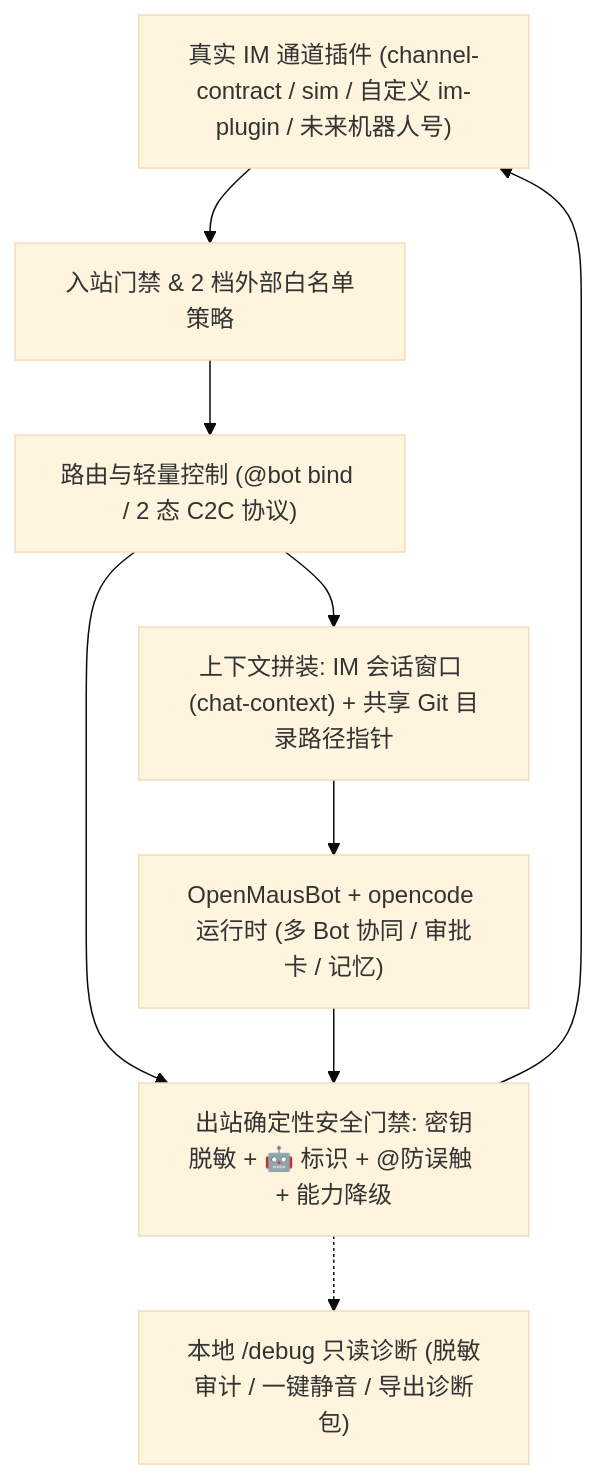
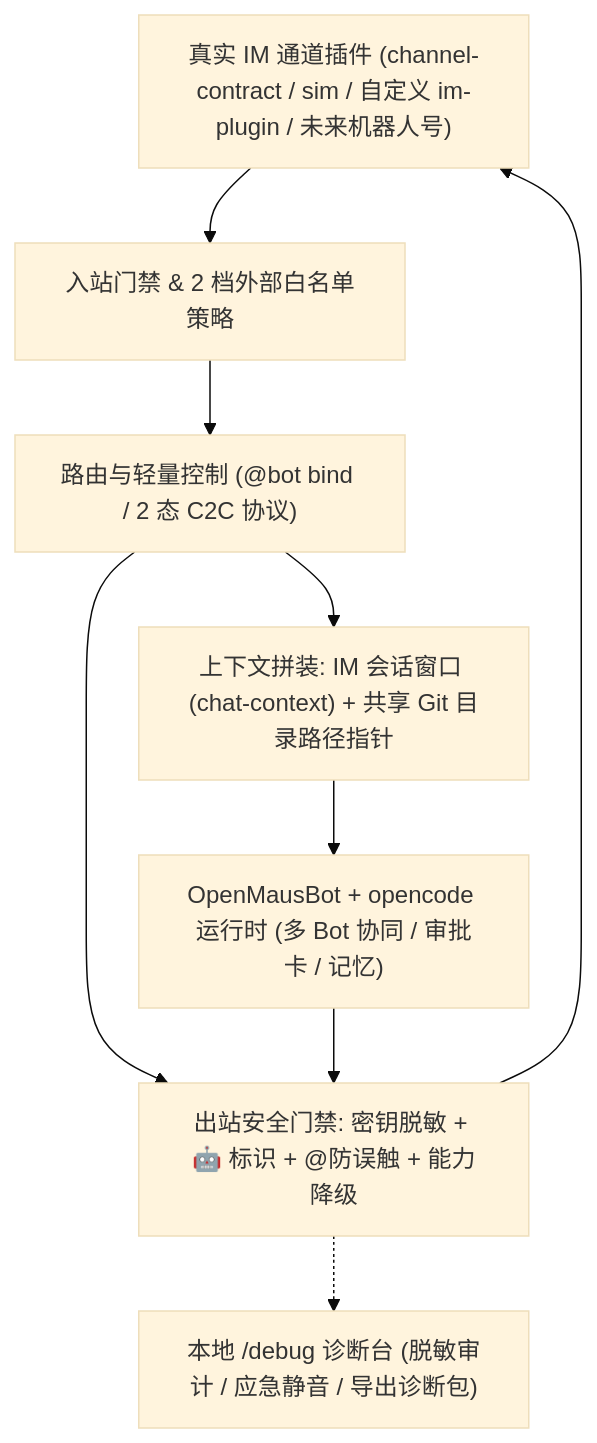
The diagram in docs/ROADMAP.md (penclipai/co-bot), drawn with Mermaid (base theme) before and after one commit. The commit also changed other lines of this file and 58 other files, not shown here.

````diff
--- a/docs/ROADMAP.md
+++ b/docs/ROADMAP.md
@@ -30,10 +30,10 @@
 ```mermaid
 flowchart TB
   IM["真实 IM 通道插件 (channel-contract / sim / 自定义 im-plugin / 未来机器人号)"] --> Inbound["入站门禁 & 2 档外部白名单策略"]
   Inbound --> Router["路由与轻量控制 (@bot bind / 2 态 C2C 协议)"]
   Router --> Context["上下文拼装: IM 会话窗口 (chat-context) + 共享 Git 目录路径指针"]
-  Router --> Guard["出站确定性安全门禁: 密钥脱敏 + 🤖 标识 + @防误触 + 能力降级"]
+  Router --> Guard["出站安全门禁: 密钥脱敏 + 🤖 标识 + @防误触 + 能力降级"]
   Context --> OMB["OpenMausBot + opencode 运行时 (多 Bot 协同 / 审批卡 / 记忆)"]
   OMB --> Guard --> IM
-  Guard -.-> Debug["本地 /debug 只读诊断 (脱敏审计 / 一键静音 / 导出诊断包)"]
+  Guard -.-> Debug["本地 /debug 诊断台 (脱敏审计 / 应急静音 / 导出诊断包)"]
 ```
````
